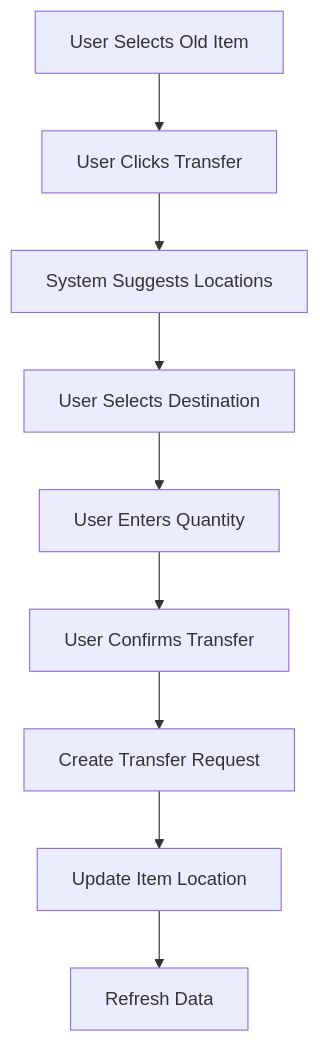
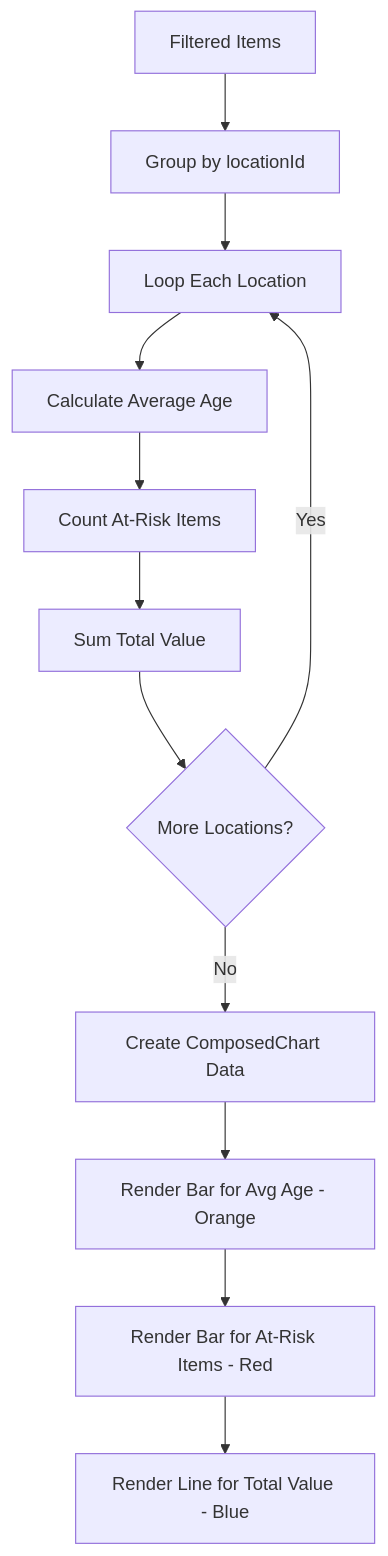
Before and after one commit to PeakMNA/carmen: diagram 14 of 23 in docs/app/inventory-management/stock-overview/inventory-aging/FD-inventory-aging.md, drawn with Mermaid. The commit also changed other lines of this file and 473 other files, not shown here.

````diff
--- a/docs/app/inventory-management/stock-overview/inventory-aging/FD-inventory-aging.md
+++ b/docs/app/inventory-management/stock-overview/inventory-aging/FD-inventory-aging.md
@@ -244,11 +302,14 @@
 ```mermaid
-flowchart TD
-    A[User Selects Old Item] --> B[User Clicks Transfer]
-    B --> C[System Suggests Locations]
-    C --> D[User Selects Destination]
-    D --> E[User Enters Quantity]
-    E --> F[User Confirms Transfer]
-    F --> G[Create Transfer Request]
-    G --> H[Update Item Location]
-    H --> I[Refresh Data]
+graph TD
+    A[Filtered Items] --> B[Group by locationId]
+    B --> C[Loop Each Location]
+    C --> D[Calculate Average Age]
+    D --> E[Count At-Risk Items]
+    E --> F[Sum Total Value]
+    F --> G{More Locations?}
+    G -->|Yes| C
+    G -->|No| H[Create ComposedChart Data]
+    H --> I[Render Bar for Avg Age - Orange]
+    I --> J[Render Bar for At-Risk Items - Red]
+    J --> K[Render Line for Total Value - Blue]
 ```
````
